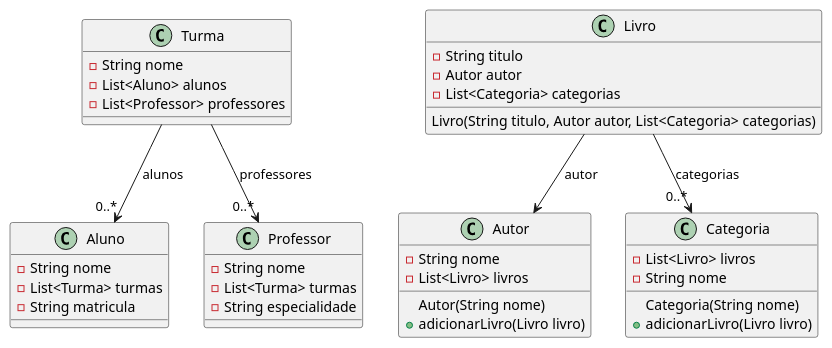
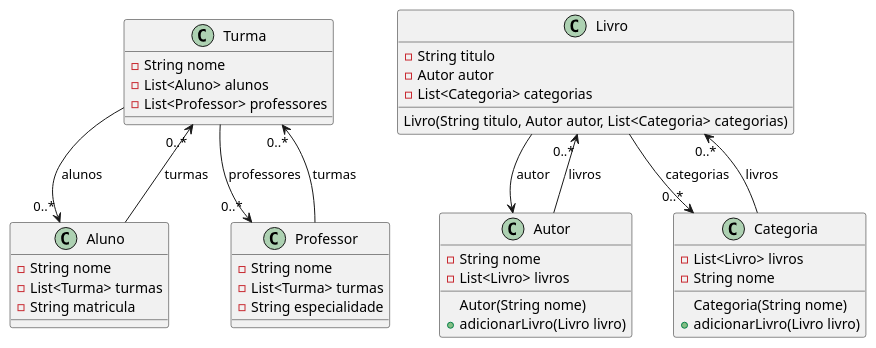
The diagram in src/posts/05_listas_associacoes.md (2026-ifba-saj-inf-poo/blog), drawn with PlantUML before and after one commit. The commit also changed other lines of this file and 3 other files, not shown here.

````diff
--- a/src/posts/05_listas_associacoes.md
+++ b/src/posts/05_listas_associacoes.md
@@ -54,42 +54,46 @@
 ```plantuml
 @startuml
 class Turma {
   - String nome
   - List<Aluno> alunos
   - List<Professor> professores
 }
 class Aluno {
   - String nome
   - List<Turma> turmas
   - String matricula
 }
 class Professor {
   - String nome
   - List<Turma> turmas
   - String especialidade
 }
 class Livro {
   - String titulo
   - Autor autor
   - List<Categoria> categorias
   Livro(String titulo, Autor autor, List<Categoria> categorias)
 }
 class Autor {
   - String nome
   - List<Livro> livros
   Autor(String nome)
   + adicionarLivro(Livro livro)
 
 }
 class Categoria {
   - List<Livro> livros
   - String nome
     Categoria(String nome)
   + adicionarLivro(Livro livro)
 }
 Turma --> "0..*" Aluno : alunos
+Aluno --> "0..*" Turma : turmas
 Turma --> "0..*" Professor : professores
+Professor --> "0..*" Turma : turmas
 Livro --> Autor : autor
+Autor --> "0..*" Livro : livros
 Livro --> "0..*" Categoria : categorias
+Categoria --> "0..*" Livro : livros
 @enduml
 ```
````
